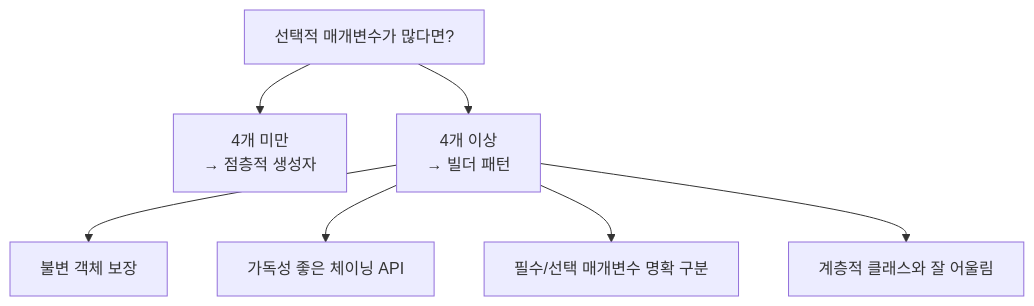
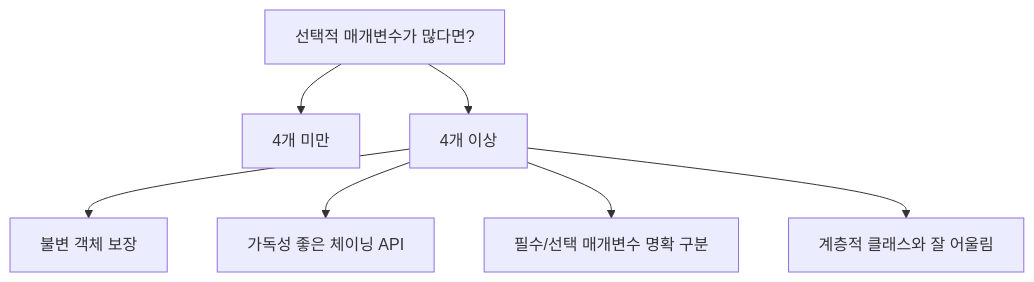
The third of 3 diagrams in _posts/java/2021-12-18-effective-java2.md (yjkim2015/yjkim2015.github.io), drawn with Mermaid before and after one commit. The commit also changed 217 other files, not shown here.

First line of the commit message:
Mermaid 크기 수정: useMaxWidth:true + SVG max-width:100% + 라벨 축소

````diff
--- a/_posts/java/2021-12-18-effective-java2.md
+++ b/_posts/java/2021-12-18-effective-java2.md
@@ -264,9 +264,9 @@
 ```mermaid
 graph TD
-    A["선택적 매개변수가 많다면?"] --> B["4개 미만\n→ 점층적 생성자"]
-    A --> C["4개 이상\n→ 빌더 패턴"]
+    A["선택적 매개변수가 많다면?"] --> B["4개 미만"]
+    A --> C["4개 이상"]
     C --> D["불변 객체 보장"]
     C --> E["가독성 좋은 체이닝 API"]
     C --> F["필수/선택 매개변수 명확 구분"]
     C --> G["계층적 클래스와 잘 어울림"]
 ```
````
